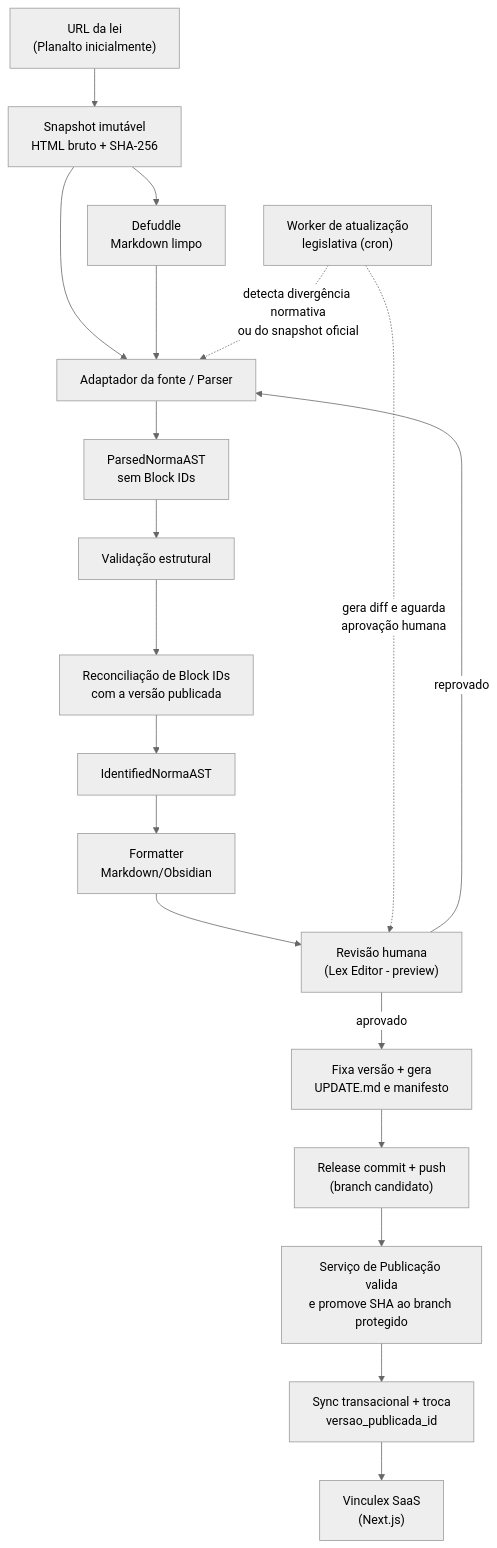
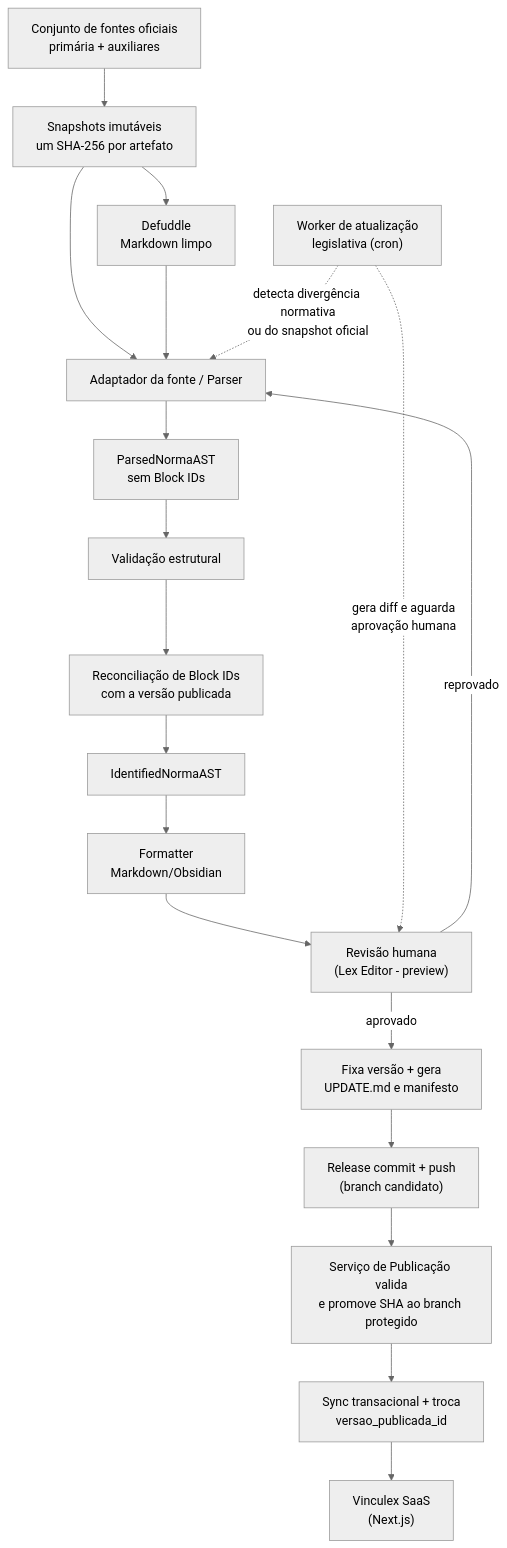
Before and after one commit to tiagobfaustino/lex-editor-2: the second of 2 diagrams in docs/architecture/SYSTEM_ARCHITECTURE.md, drawn with Mermaid (neutral theme). The commit also changed other lines of this file and 19 other files, not shown here.

````diff
--- a/docs/architecture/SYSTEM_ARCHITECTURE.md
+++ b/docs/architecture/SYSTEM_ARCHITECTURE.md
@@ -91,22 +91,22 @@
 ```mermaid
 flowchart TD
-    A["URL da lei\n(Planalto inicialmente)"] --> B["Snapshot imutável\nHTML bruto + SHA-256"]
+    A["Conjunto de fontes oficiais\nprimária + auxiliares"] --> B["Snapshots imutáveis\num SHA-256 por artefato"]
     B --> C["Defuddle\nMarkdown limpo"]
     B --> D["Adaptador da fonte / Parser"]
     C --> D
     D --> E["ParsedNormaAST\nsem Block IDs"]
     E --> F["Validação estrutural"]
     F --> G["Reconciliação de Block IDs\ncom a versão publicada"]
     G --> H["IdentifiedNormaAST"]
     H --> I["Formatter\nMarkdown/Obsidian"]
     I --> J["Revisão humana\n(Lex Editor - preview)"]
     J -- aprovado --> J2["Fixa versão + gera\nUPDATE.md e manifesto"]
     J2 --> K["Release commit + push\n(branch candidato)"]
     J -- reprovado --> D
     K --> K2["Serviço de Publicação valida\ne promove SHA ao branch protegido"]
     K2 --> L["Sync transacional + troca\nversao_publicada_id"]
     L --> M["Vinculex SaaS\n(Next.js)"]
 
     N["Worker de atualização\nlegislativa (cron)"] -. "detecta divergência normativa\nou do snapshot oficial" .-> D
     N -. "gera diff e aguarda\naprovação humana" .-> J
 ```
````
